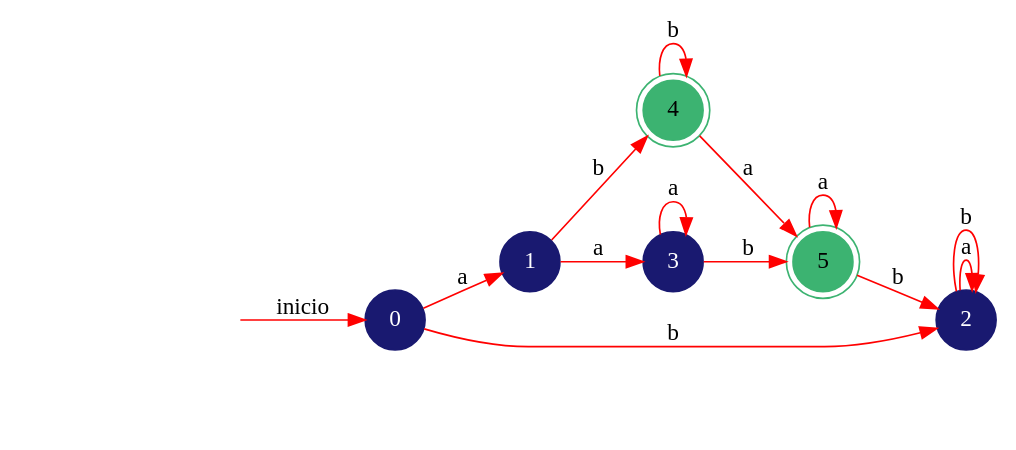
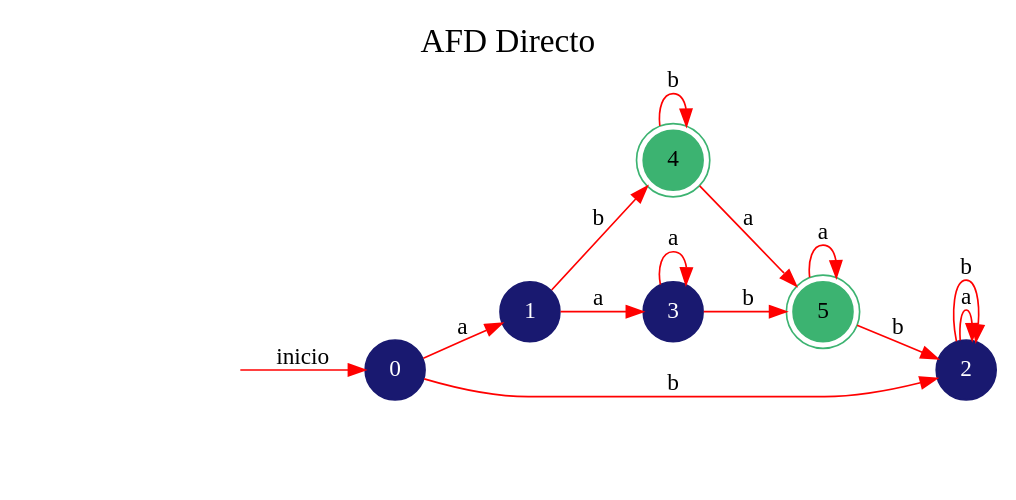
The diagram in GeneracionAutomatas/DOT/AFD Directo.dot (fcpauldiaz-archive/Automata), drawn with Graphviz before and after one commit. The commit also changed 28 other files, not shown here.

```diff
--- a/GeneracionAutomatas/DOT/AFD Directo.dot
+++ b/GeneracionAutomatas/DOT/AFD Directo.dot
@@ -1,22 +1,22 @@
 digraph automata_finito {
 	rankdir=LR;
-	size="13,5"
+	graph [label="AFD Directo", labelloc=t, fontsize=20]; 
 	node [shape=doublecircle, style = filled,color = mediumseagreen]; 4 5;
 	node [shape=circle];
 	node [color=midnightblue,fontcolor=white];
 	edge [color=red];
-	 secret_node [style=invis];
+	secret_node [style=invis];
 	secret_node -> 0 [label="inicio"];
 	0 -> 1 [label="a"];
 	0 -> 2 [label="b"];
 	1 -> 3 [label="a"];
 	1 -> 4 [label="b"];
 	2 -> 2 [label="a"];
 	2 -> 2 [label="b"];
 	3 -> 3 [label="a"];
 	3 -> 5 [label="b"];
 	4 -> 5 [label="a"];
 	4 -> 4 [label="b"];
 	5 -> 5 [label="a"];
 	5 -> 2 [label="b"];
 }
```
